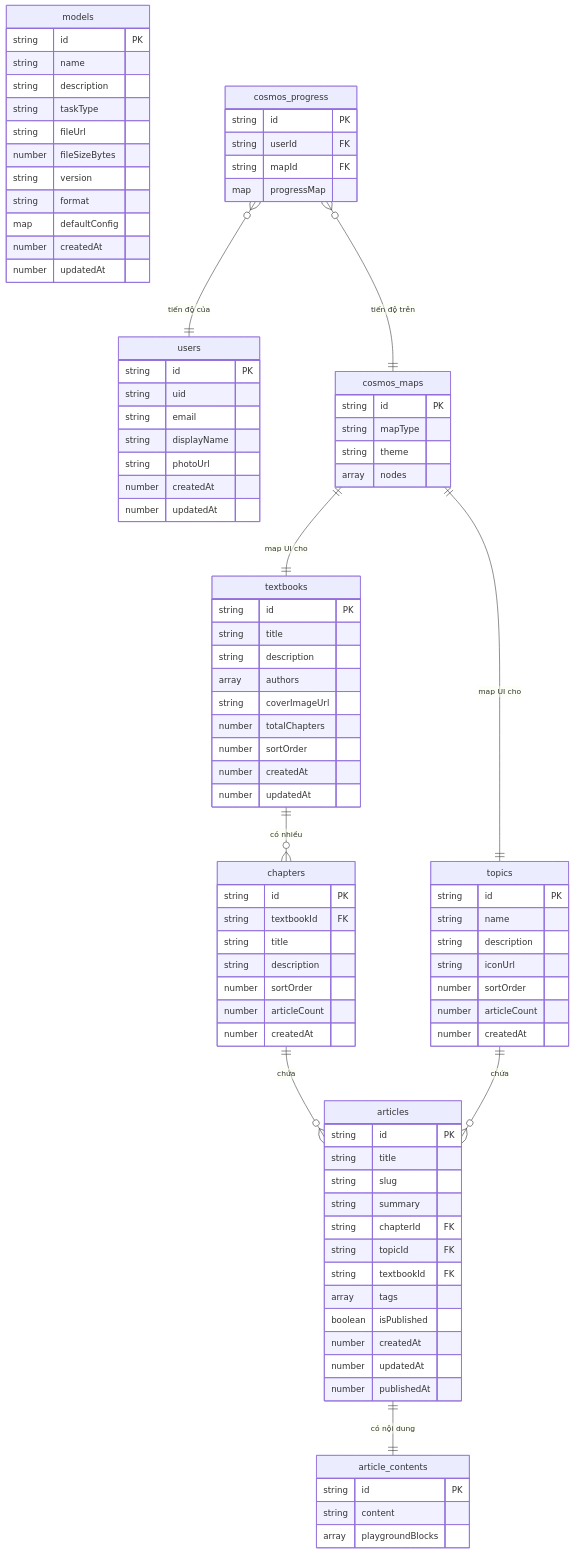
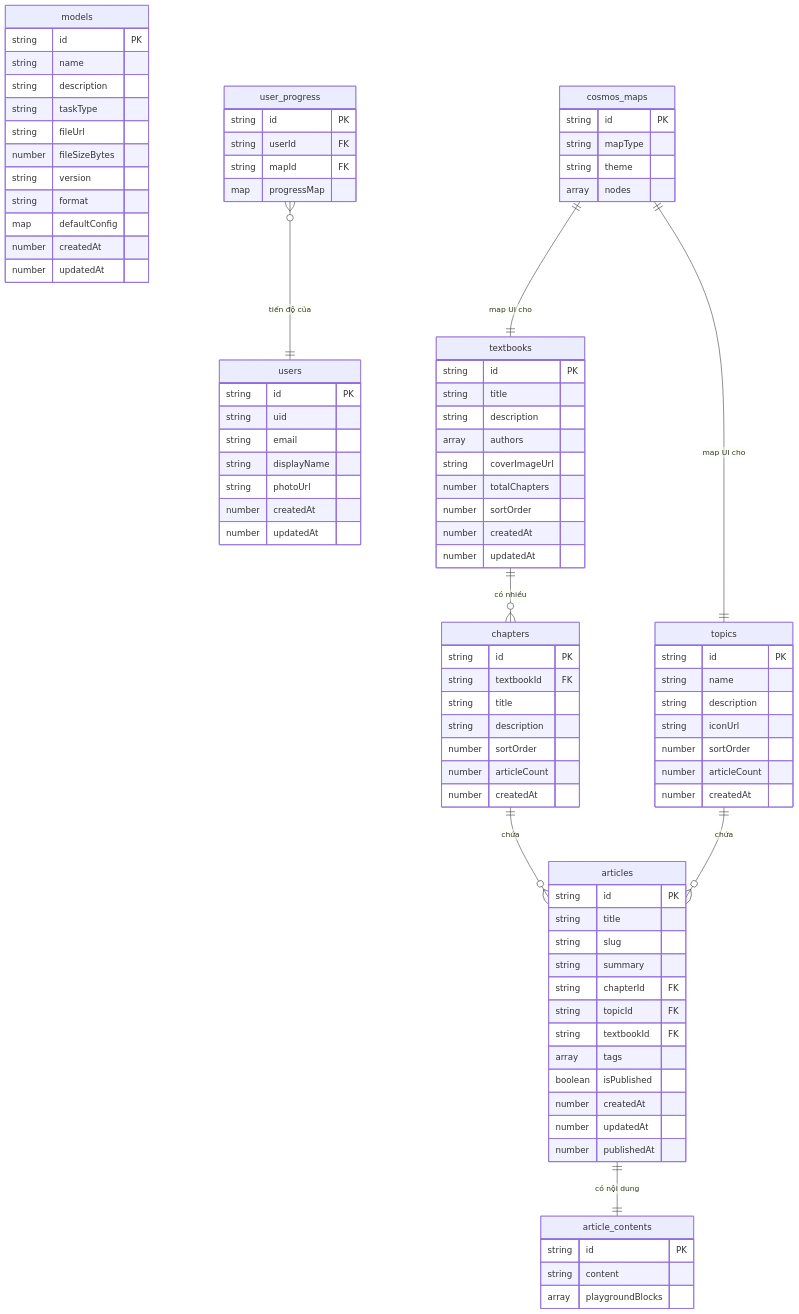
Before and after one commit to iAmHieu2012/Sequoia: the diagram in docs/design/data-model.md, drawn with Mermaid. The commit also changed other lines of this file and 9 other files, not shown here.

First line of the commit message:
refactor(core): rename CosmosProgress model to UserProgress

````diff
--- a/docs/design/data-model.md
+++ b/docs/design/data-model.md
@@ -99,7 +99,7 @@
         array nodes
     }
 
-    cosmos_progress {
+    user_progress {
         string id PK
         string userId FK
         string mapId FK
@@ -112,6 +112,5 @@
     articles ||--|| article_contents : "có nội dung"
     cosmos_maps ||--|| textbooks : "map UI cho"
     cosmos_maps ||--|| topics : "map UI cho"
-    cosmos_progress }o--|| users : "tiến độ của"
-    cosmos_progress }o--|| cosmos_maps : "tiến độ trên"
+    user_progress }o--|| users : "tiến độ của"
 ```
````
